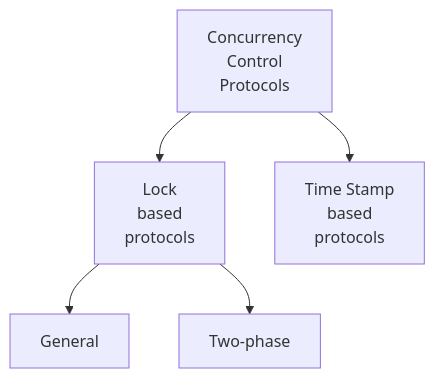
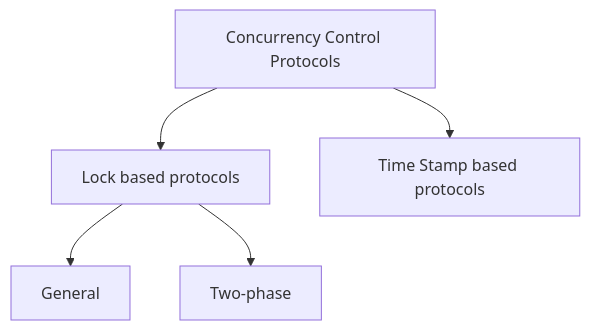
The diagram in GATE/DatabaseManagementSystem/Transaction-Management-and-Recovery/Concurrency Control Protocols.md (supremeimposter/My-Vault), drawn with Mermaid before and after one commit. The commit also changed other lines of this file and 66 other files, not shown here.

````diff
--- a/GATE/DatabaseManagementSystem/Transaction-Management-and-Recovery/Concurrency Control Protocols.md
+++ b/GATE/DatabaseManagementSystem/Transaction-Management-and-Recovery/Concurrency Control Protocols.md
@@ -26,7 +27,7 @@
 ```mermaid
 flowchart TD
-	A[Concurrency \nControl\nProtocols] --> B[Lock\nbased\nprotocols]
-	A --> C[Time Stamp\nbased\nprotocols]
+	A[Concurrency Control Protocols] --> B[Lock based protocols]
+	A --> C[Time Stamp based protocols]
 	B --> D[General]
 	B --> E[Two-phase]
 ```
````
